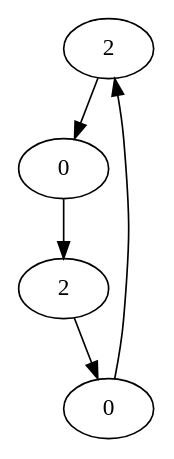
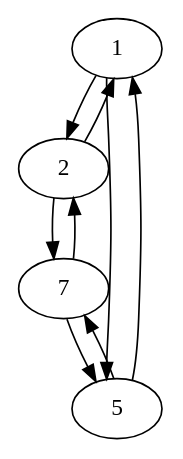
Before and after one commit to SebastienGouverneur/Chip-Firing-Game-Simulateur: the diagram in src/test.dot, drawn with Graphviz. The commit also changed 21 other files, not shown here.

Commit message:
le bouton K-chips lance automatiquement la séquence. le bouton de validation du nombre de chips a été supprimé. La synchronisation du générateur de graphe se fait maintenant sur le nombre de chips et de noeuds choisis. Début d'implémentation du mode asynchrone : trouver la condition de parcours

```diff
--- a/src/test.dot
+++ b/src/test.dot
@@ -1,10 +1,14 @@
 digraph {
-		a -> b;
-		b -> c;
-		c -> d;
-		d -> a;
-		a [label="2"];
-		b [label="0"];
-		c [label="2"];
-		d [label="0"];
+		1 -> 2;
+		2 -> 1;
+		2 -> 3;
+		3  -> 2;
+		4 -> 3;
+		3 -> 4;
+		4 -> 1;
+		1 -> 4;
+		1 [label="1"];
+		2 [label="2"];
+		3 [label="7"];
+		4 [label="5"];
 	}
```
